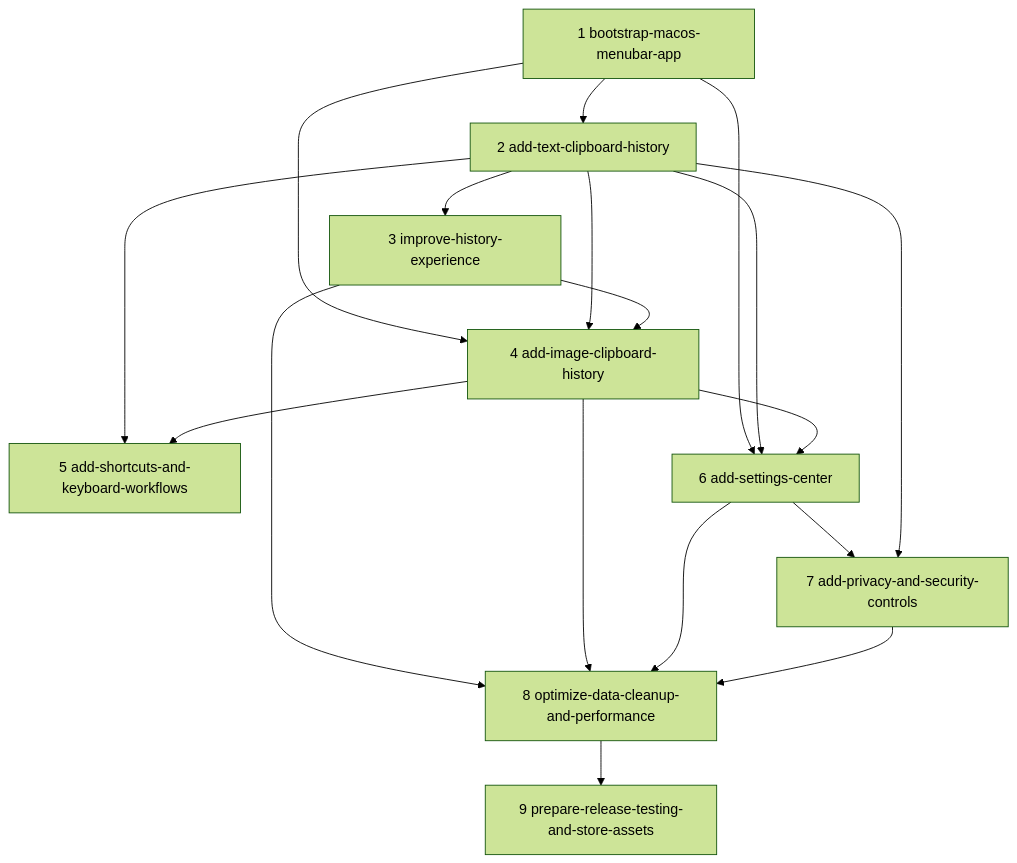
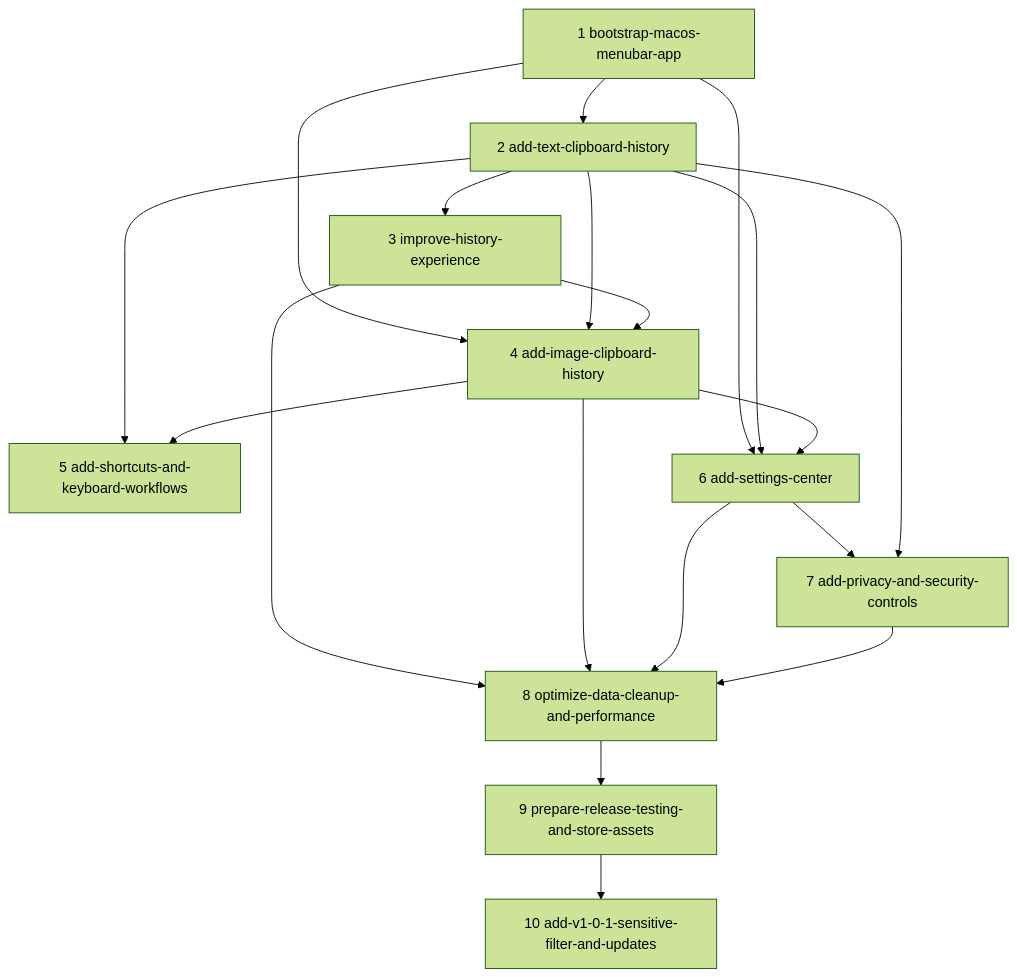
One commit to peibinliang/MacPasteHistory changed the diagram in openspec/changes/change-order.md. Above: the diagram before and after it, drawn with Mermaid (forest theme). The commit also changed other lines of this file and 6 other files, not shown here.

````diff
--- a/openspec/changes/change-order.md
+++ b/openspec/changes/change-order.md
@@ -23,20 +24,21 @@
 ```mermaid
 flowchart TD
   A["1 bootstrap-macos-menubar-app"] --> B["2 add-text-clipboard-history"]
   B --> C["3 improve-history-experience"]
   A --> D["4 add-image-clipboard-history"]
   B --> D
   C --> D
   B --> E["5 add-shortcuts-and-keyboard-workflows"]
   D --> E
   A --> F["6 add-settings-center"]
   B --> F
   D --> F
   F --> G["7 add-privacy-and-security-controls"]
   B --> G
   C --> H["8 optimize-data-cleanup-and-performance"]
   D --> H
   F --> H
   G --> H
   H --> I["9 prepare-release-testing-and-store-assets"]
+  I --> J["10 add-v1-0-1-sensitive-filter-and-updates"]
 ```
````
